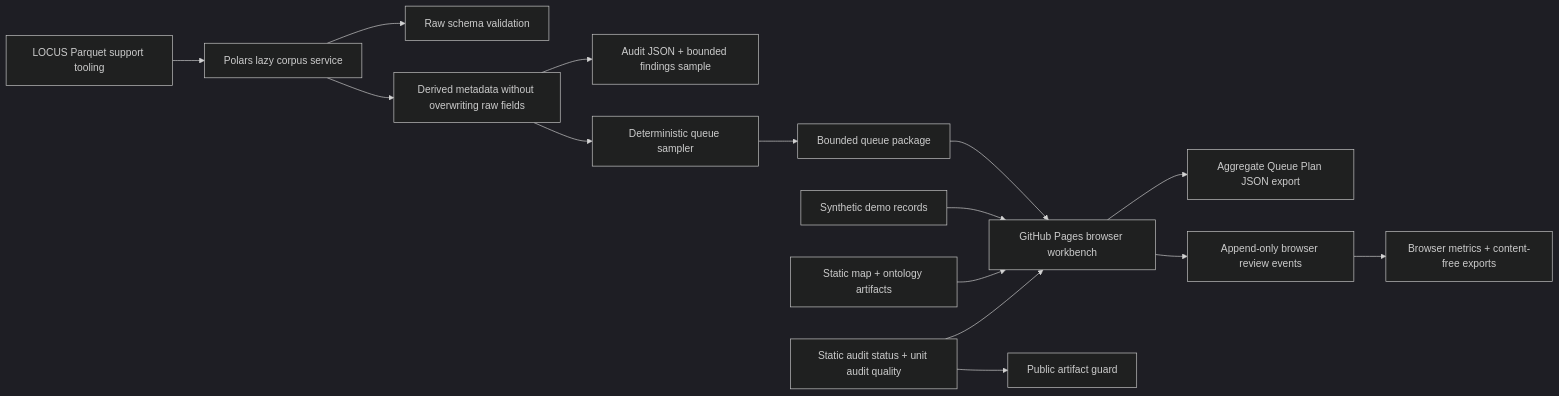
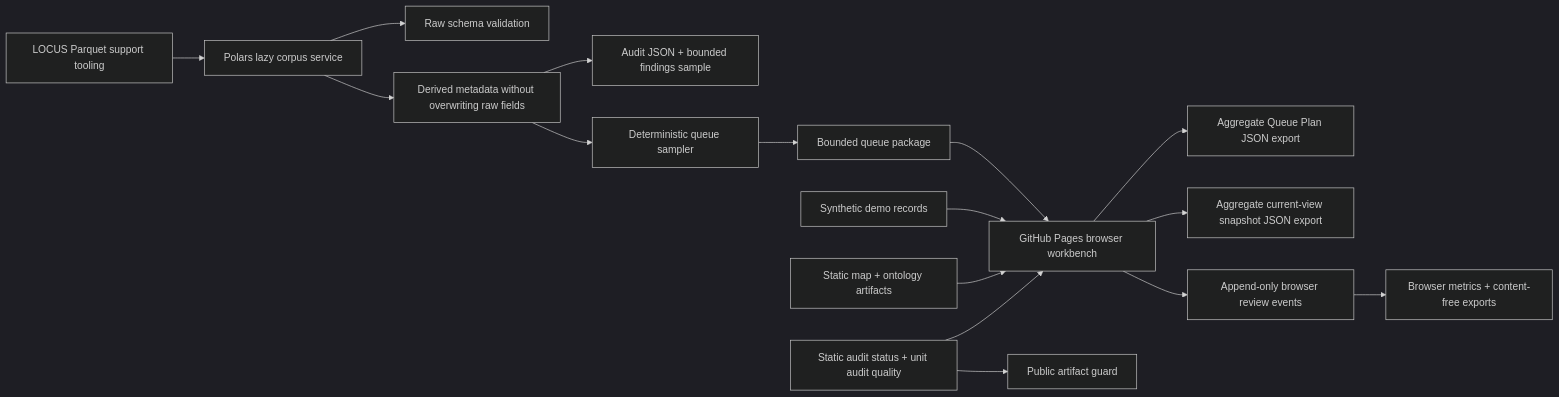
Before and after one commit to evcatalyst/evolocus: the diagram in docs/local-law-analytics-platform.md, drawn with Mermaid (dark theme). The commit also changed other lines of this file and 12 other files, not shown here.

Commit message:
feat: add aggregate view snapshot export

````diff
--- a/docs/local-law-analytics-platform.md
+++ b/docs/local-law-analytics-platform.md
@@ -49,17 +49,18 @@
 ```mermaid
 flowchart LR
   A["LOCUS Parquet support tooling"] --> B["Polars lazy corpus service"]
   B --> C["Raw schema validation"]
   B --> D["Derived metadata without overwriting raw fields"]
   D --> E["Audit JSON + bounded findings sample"]
   D --> F["Deterministic queue sampler"]
   F --> G["Bounded queue package"]
   H["Synthetic demo records"] --> I["GitHub Pages browser workbench"]
   L["Static map + ontology artifacts"] --> I
   M["Static audit status + unit audit quality"] --> I
   I --> Q["Aggregate Queue Plan JSON export"]
+  I --> X["Aggregate current-view snapshot JSON export"]
   M --> V["Public artifact guard"]
   G --> I
   I --> J["Append-only browser review events"]
   J --> K["Browser metrics + content-free exports"]
 ```
````
